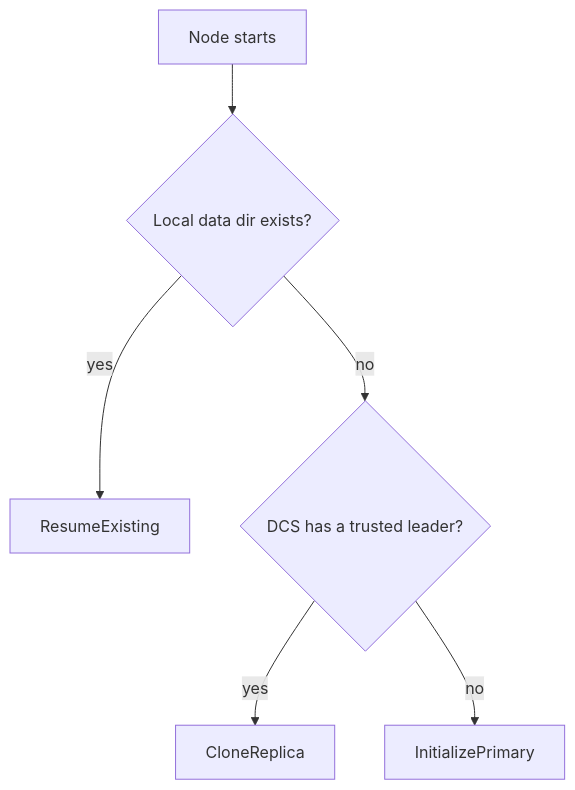
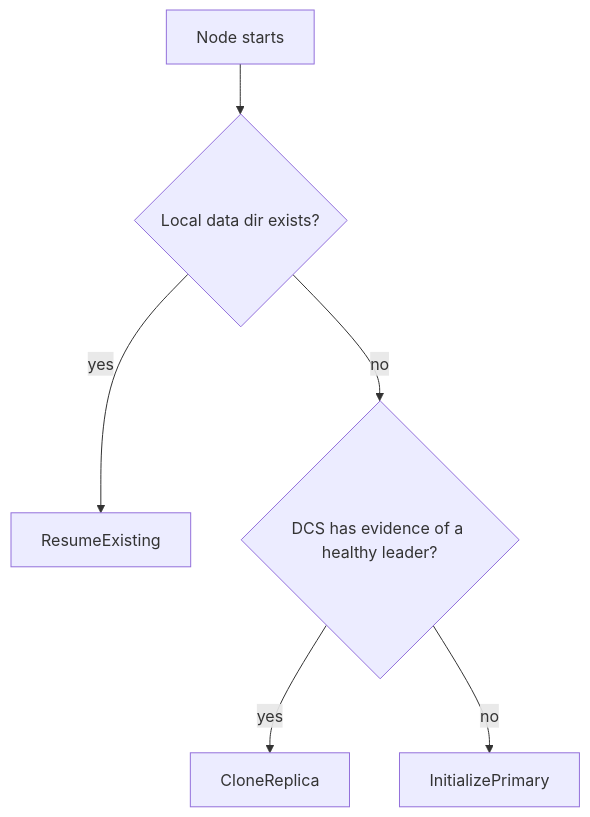
The diagram in docs/src/architecture/startup-planner.md (djosh34/pgtuskmaster_rust), drawn with Mermaid before and after one commit. The commit also changed other lines of this file and 36 other files, not shown here.

First line of the commit message:
task finished 33-task-deep-skeptical-verification-of-doc-facts-and-writing-quality: audit docs + fix diagrams/test flake

````diff
--- a/docs/src/architecture/startup-planner.md
+++ b/docs/src/architecture/startup-planner.md
@@ -10,8 +10,8 @@
 ```mermaid
 flowchart TD
   Start[Node starts] --> HasData{Local data dir exists?}
   HasData -->|yes| Resume[ResumeExisting]
-  HasData -->|no| HasLeader{DCS has a trusted leader?}
+  HasData -->|no| HasLeader{DCS has evidence of a healthy leader?}
   HasLeader -->|yes| Clone[CloneReplica]
   HasLeader -->|no| Init[InitializePrimary]
 ```
````
